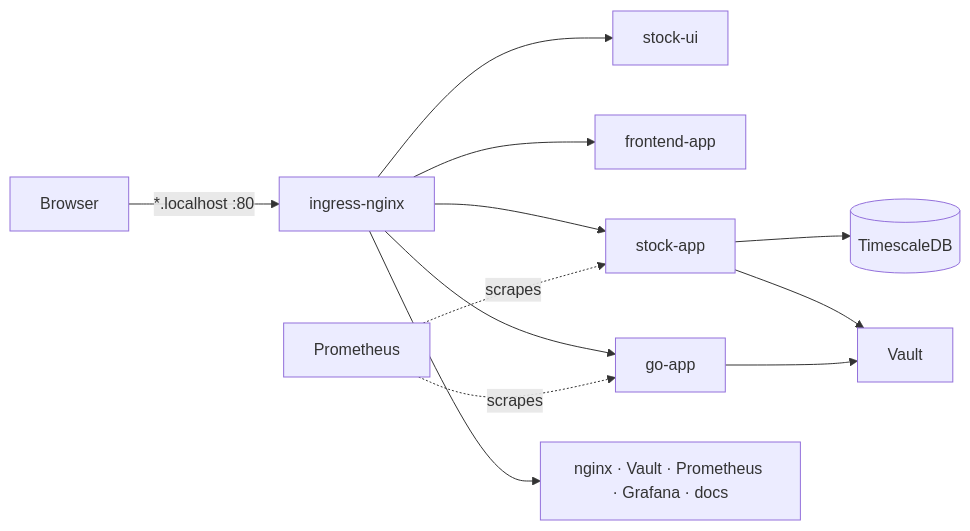
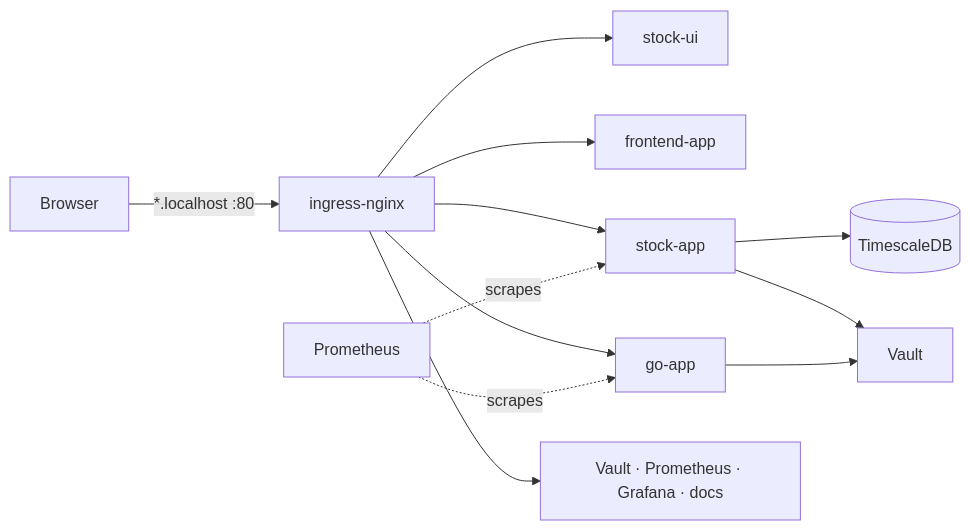
One commit to Jeremiaszmacura/platform-engineering-stack changed the diagram in documentation/docs/design.md. Above: the diagram before and after it, drawn with Mermaid. The commit also changed other lines of this file and 14 other files, not shown here.

````diff
--- a/documentation/docs/design.md
+++ b/documentation/docs/design.md
@@ -9,8 +9,8 @@
 ```mermaid
 flowchart LR
     B[Browser] -->|"*.localhost :80"| IC[ingress-nginx]
-    IC --> SUI[stock-ui] & FE[frontend-app] & ST[stock-app] & GO[go-app] & OTHER["nginx · Vault · Prometheus · Grafana · docs"]
+    IC --> SUI[stock-ui] & FE[frontend-app] & ST[stock-app] & GO[go-app] & OTHER["Vault · Prometheus · Grafana · docs"]
     ST --> TS[(TimescaleDB)]
     ST & GO --> VA[Vault]
     PR[Prometheus] -.scrapes.-> ST & GO
 ```
````
